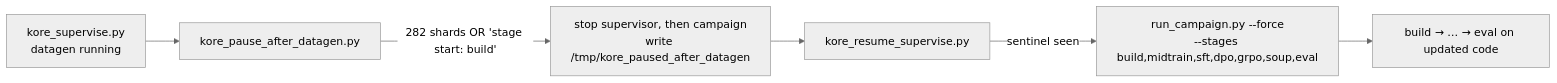
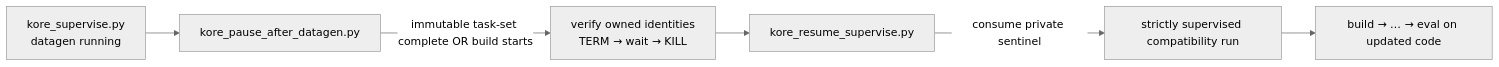
One commit to amd-shasriva/KORE changed the second of 2 diagrams in scripts/README.md. Above: the diagram before and after it, drawn with Mermaid (neutral theme). The commit also changed other lines of this file and 37 other files, not shown here.

````diff
--- a/scripts/README.md
+++ b/scripts/README.md
@@ -137,8 +179,8 @@
 ```mermaid
 flowchart LR
   SUP[kore_supervise.py<br/>datagen running] --> PAUSE[kore_pause_after_datagen.py]
-  PAUSE -->|"282 shards OR 'stage start: build'"| STOP["stop supervisor, then campaign<br/>write /tmp/kore_paused_after_datagen"]
+  PAUSE -->|"immutable task-set complete OR build starts"| STOP["verify owned identities<br/>TERM → wait → KILL"]
   STOP --> RES[kore_resume_supervise.py]
-  RES -->|sentinel seen| RELAUNCH["run_campaign.py --force<br/>--stages build,midtrain,sft,dpo,grpo,soup,eval"]
+  RES -->|"consume private sentinel"| RELAUNCH["strictly supervised compatibility run"]
   RELAUNCH --> EVAL[build → … → eval on updated code]
 ```
````
